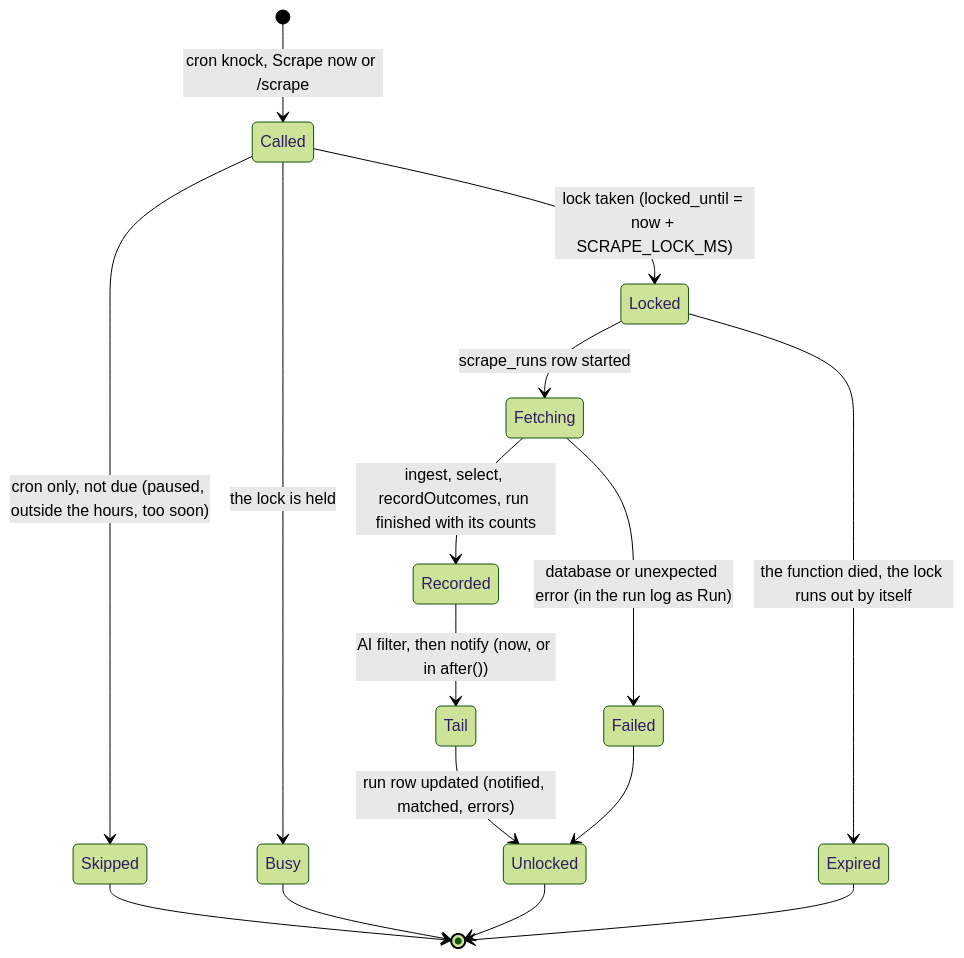
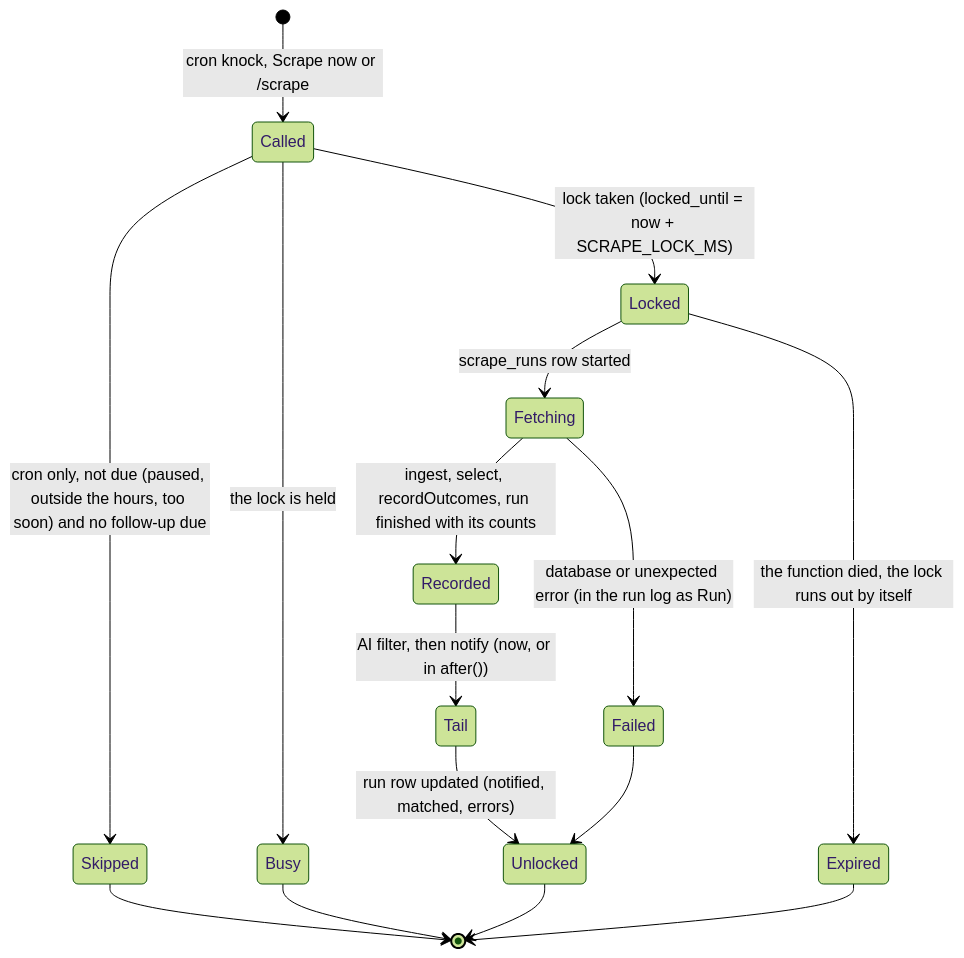
One commit to u-can-do-it/applied changed the second of 4 diagrams in docs/ARCHITECTURE.md. Above: the diagram before and after it, drawn with Mermaid (forest theme). The commit also changed other lines of this file and 34 other files, not shown here.

````diff
--- a/docs/ARCHITECTURE.md
+++ b/docs/ARCHITECTURE.md
@@ -244,18 +263,18 @@
 ```mermaid
 stateDiagram-v2
   [*] --> Called: cron knock, Scrape now or /scrape
-  Called --> Skipped: cron only, not due (paused, outside the hours, too soon)
+  Called --> Skipped: cron only, not due (paused, outside the hours, too soon) and no follow-up due
   Called --> Busy: the lock is held
   Called --> Locked: lock taken (locked_until = now + SCRAPE_LOCK_MS)
   Locked --> Fetching: scrape_runs row started
   Fetching --> Recorded: ingest, select, recordOutcomes, run finished with its counts
   Fetching --> Failed: database or unexpected error (in the run log as Run)
   Recorded --> Tail: AI filter, then notify (now, or in after())
   Tail --> Unlocked: run row updated (notified, matched, errors)
   Failed --> Unlocked
   Locked --> Expired: the function died, the lock runs out by itself
   Skipped --> [*]
   Busy --> [*]
   Unlocked --> [*]
   Expired --> [*]
 ```
````
